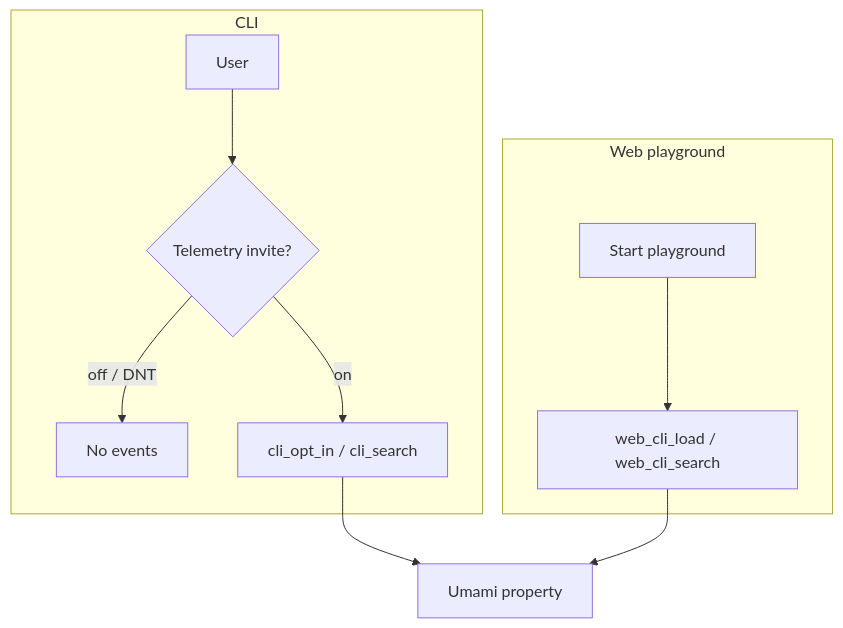
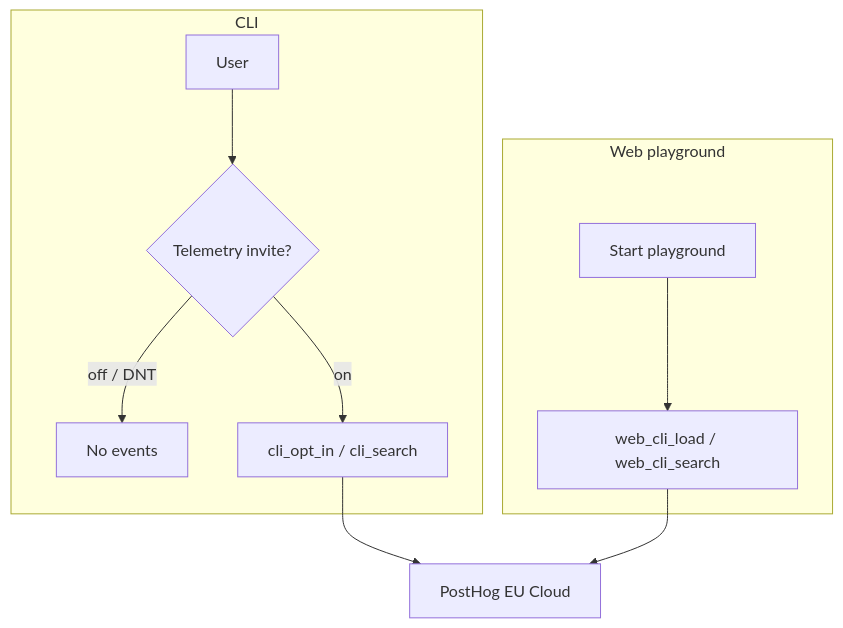
Before and after one commit to NuclearManatee/git-grasp: the diagram in docs/observe.md, drawn with Mermaid. The commit also changed other lines of this file and 74 other files, not shown here.

First line of the commit message:
Replace Umami with cookieless PostHog for OBSERVE and EVOLVE.

````diff
--- a/docs/observe.md
+++ b/docs/observe.md
@@ -5,19 +5,19 @@
 ```mermaid
 flowchart TB
   subgraph cli [CLI]
     U[User]
     I{Telemetry invite?}
     N[No events]
     C[cli_opt_in / cli_search]
     U --> I
     I -->|off / DNT| N
     I -->|on| C
   end
   subgraph web [Web playground]
     S[Start playground]
     W[web_cli_load / web_cli_search]
     S --> W
   end
-  C --> Umami[Umami property]
-  W --> Umami
+  C --> PostHog[PostHog EU Cloud]
+  W --> PostHog
 ```
````
